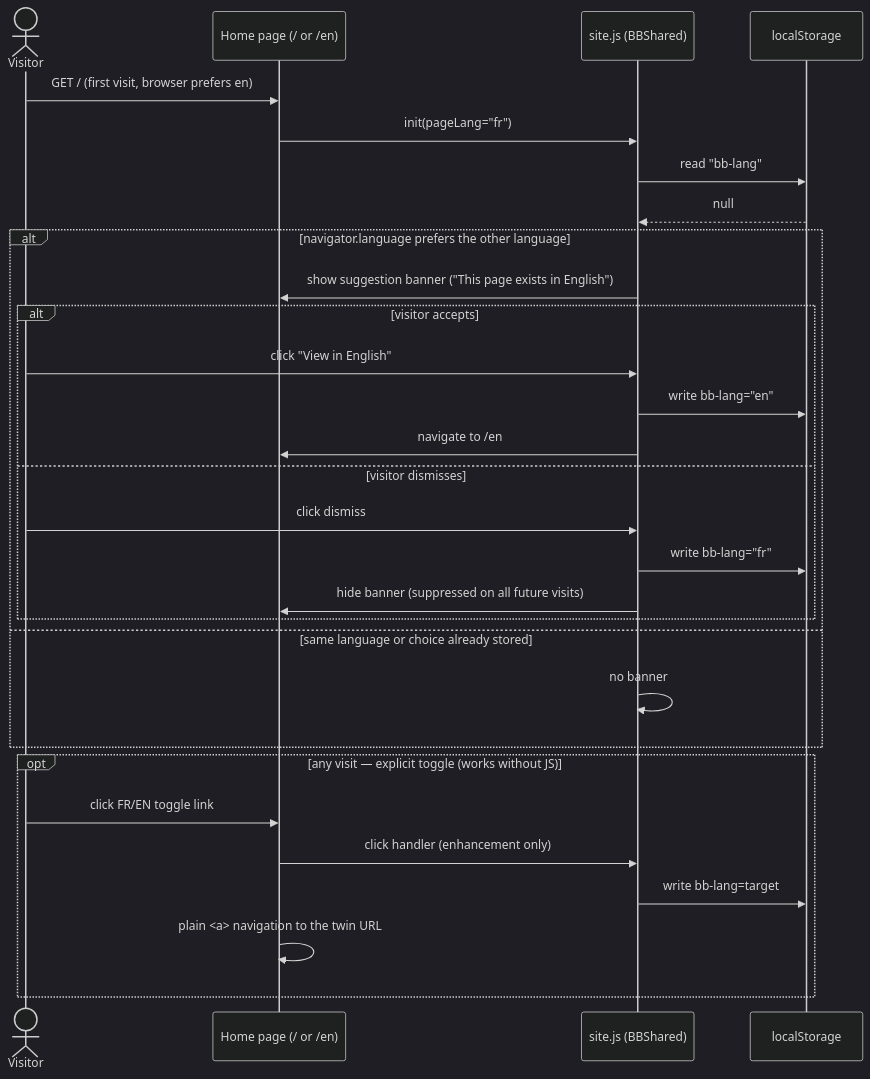
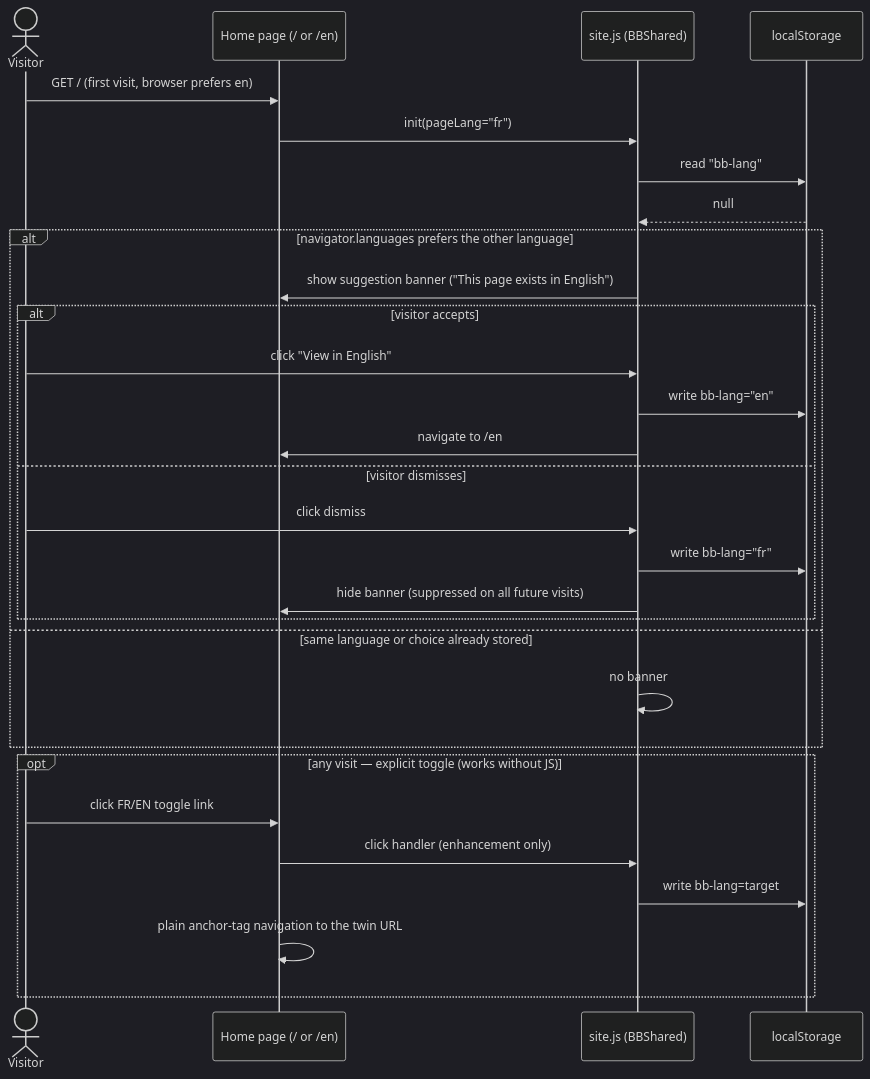
One commit to benoit-bremaud/brasse-bouillon changed the diagram in docs/architecture/diagrams/website-i18n/02-sequence-language-switch.md. Above: the diagram before and after it, drawn with Mermaid (dark theme). The commit also changed other lines of this file and 4 other files, not shown here.

First line of the commit message:
docs(website/architecture): fold 6-reviewer conception review into ADR-0027 + UML

````diff
--- a/docs/architecture/diagrams/website-i18n/02-sequence-language-switch.md
+++ b/docs/architecture/diagrams/website-i18n/02-sequence-language-switch.md
@@ -17,32 +17,32 @@
 ```mermaid
 sequenceDiagram
   actor V as Visitor
   participant P as Home page (/ or /en)
   participant JS as site.js (BBShared)
   participant LS as localStorage
 
   V->>P: GET / (first visit, browser prefers en)
   P->>JS: init(pageLang="fr")
   JS->>LS: read "bb-lang"
   LS-->>JS: null
-  alt navigator.language prefers the other language
+  alt navigator.languages prefers the other language
     JS->>P: show suggestion banner ("This page exists in English")
     alt visitor accepts
       V->>JS: click "View in English"
       JS->>LS: write bb-lang="en"
       JS->>P: navigate to /en
     else visitor dismisses
       V->>JS: click dismiss
       JS->>LS: write bb-lang="fr"
       JS->>P: hide banner (suppressed on all future visits)
     end
   else same language or choice already stored
     JS->>JS: no banner
   end
   opt any visit — explicit toggle (works without JS)
     V->>P: click FR/EN toggle link
     P->>JS: click handler (enhancement only)
     JS->>LS: write bb-lang=target
-    P->>P: plain <a> navigation to the twin URL
+    P->>P: plain anchor-tag navigation to the twin URL
   end
 ```
````
